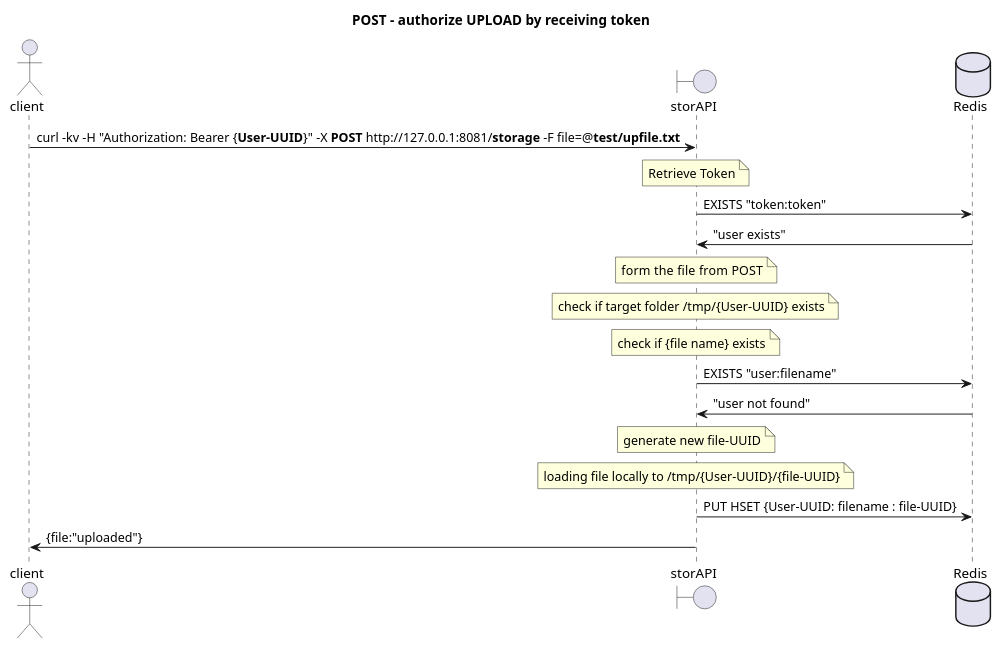
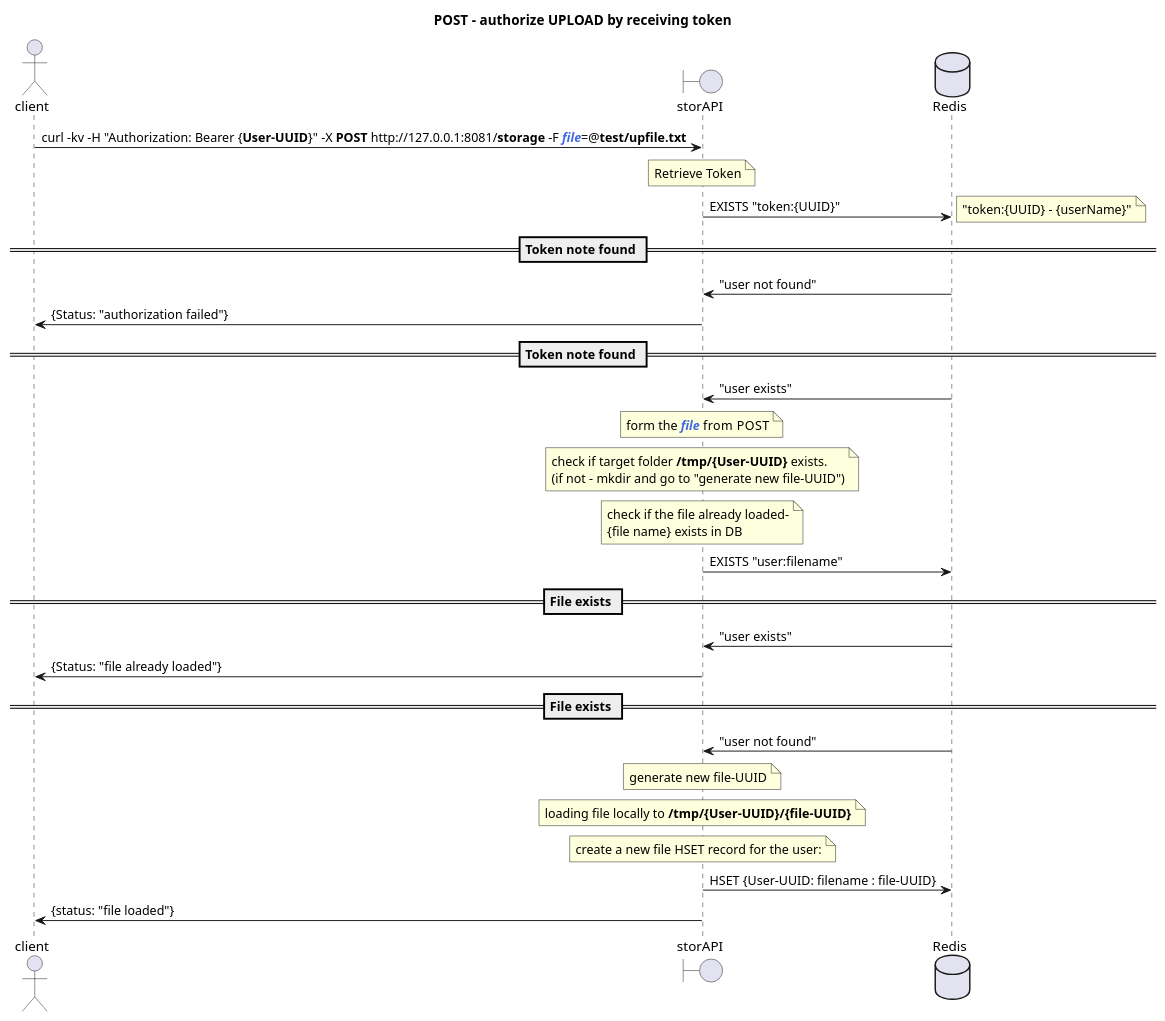
One commit to doctorlev/api-toughy changed the diagram in Docs/5-POST_file-upload.plantuml. Above: the diagram before and after it, drawn with PlantUML. The commit also changed 4 other files, not shown here.

```diff
--- a/Docs/5-POST_file-upload.plantuml
+++ b/Docs/5-POST_file-upload.plantuml
@@ -1,24 +1,37 @@
 @startuml
 
 title "POST - authorize UPLOAD by receiving token"
 
 actor client
 boundary "storAPI"
 database Redis
 
-client -> storAPI : curl -kv -H "Authorization: Bearer {<b>User-UUID</b>}" -X <b>POST</b> http://127.0.0.1:8081/<b>storage</b> -F file=@<b>test/upfile.txt</b>
+client -> storAPI : curl -kv -H "Authorization: Bearer {<b>User-UUID</b>}" -X <b>POST</b> http://127.0.0.1:8081/<b>storage</b> -F <b><i><color:royalBlue>file</color></i></b>=@<b>test/upfile.txt</b>
 note over storAPI: Retrieve Token
-storAPI -> Redis : EXISTS "token:token"
+storAPI -> Redis : EXISTS "token:{UUID}"
+note right: "token:{UUID} - {userName}"
+== Token note found ==
+Redis -> storAPI : "user not found"
+storAPI -> client : {Status: "authorization failed"}
+== Token note found ==
+
 Redis -> storAPI : "user exists"
-note over storAPI: form the file from  POST
-note over storAPI: check if target folder /tmp/{User-UUID} exists
-note over storAPI: check if {file name} exists
+note over storAPI: form the <b><i><color:royalBlue>file</color></i></b> from  POST
+note over storAPI: check if target folder <b>/tmp/{User-UUID}</b> exists.\n(if not - mkdir and go to "generate new file-UUID")
+note over storAPI: check if the file already loaded-\n{file name} exists in DB
 storAPI -> Redis : EXISTS "user:filename"
+== File exists ==
+Redis -> storAPI : "user exists"
+storAPI-> client : {Status: "file already loaded"}
+== File exists ==
 Redis -> storAPI : "user not found"
 note over storAPI: generate new file-UUID
 
-note over storAPI: loading file locally to /tmp/{User-UUID}/{file-UUID}
-storAPI -> Redis : PUT HSET {User-UUID: filename : file-UUID}
-storAPI-> client : {file:"uploaded"}
+note over storAPI: loading file locally to <b>/tmp/{User-UUID}/{file-UUID}</b>
+note over storAPI: create a new file HSET record for the user:
+storAPI -> Redis : HSET {User-UUID: filename : file-UUID}
+storAPI-> client : {status: "file loaded"}
+
+
 
 @enduml
```
